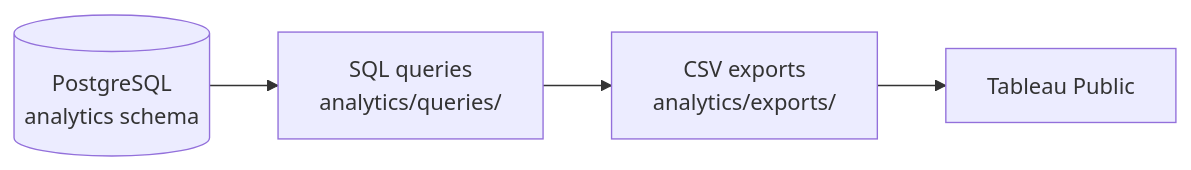
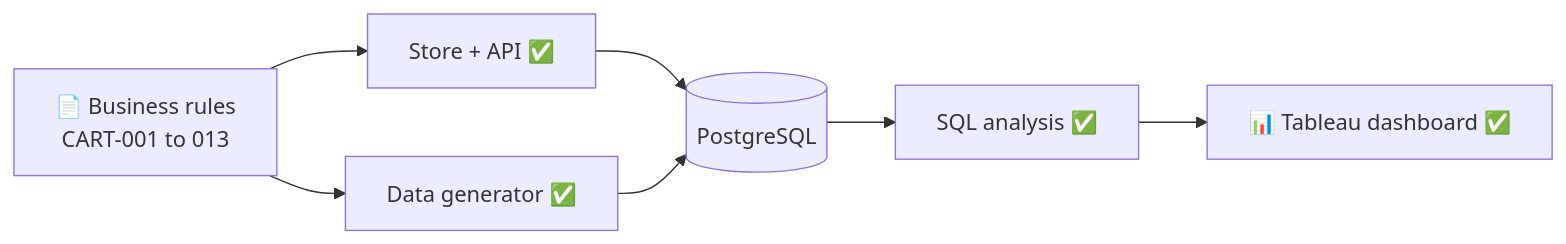
The second of 2 diagrams in README.md (RuchaPanhale/ai-software-testing-platform), drawn with Mermaid before and after one commit. The commit also changed other lines of this file and 1 other file, not shown here.

Commit message:
docs: rewrite README as an analytics case study with live dashboard and findings

````diff
--- a/README.md
+++ b/README.md
@@ -250,6 +133,9 @@
 ```mermaid
 flowchart LR
-    PG[("PostgreSQL<br/>analytics schema")] --> Q["SQL queries<br/>analytics/queries/"]
-    Q --> X["CSV exports<br/>analytics/exports/"]
-    X --> T["Tableau Public"]
+    R["📄 Business rules<br/>CART-001 to 013"] --> APP["Store + API ✅"]
+    R --> GEN["Data generator ✅"]
+    APP --> DB[("PostgreSQL")]
+    GEN --> DB
+    DB --> SQL["SQL analysis ✅"]
+    SQL --> TAB["📊 Tableau dashboard ✅"]
 ```
````
